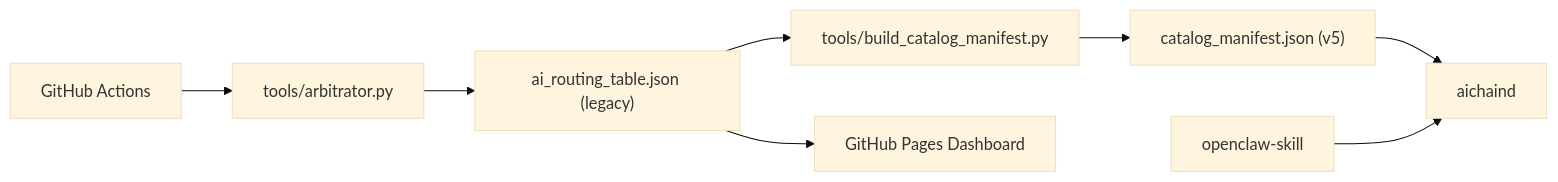
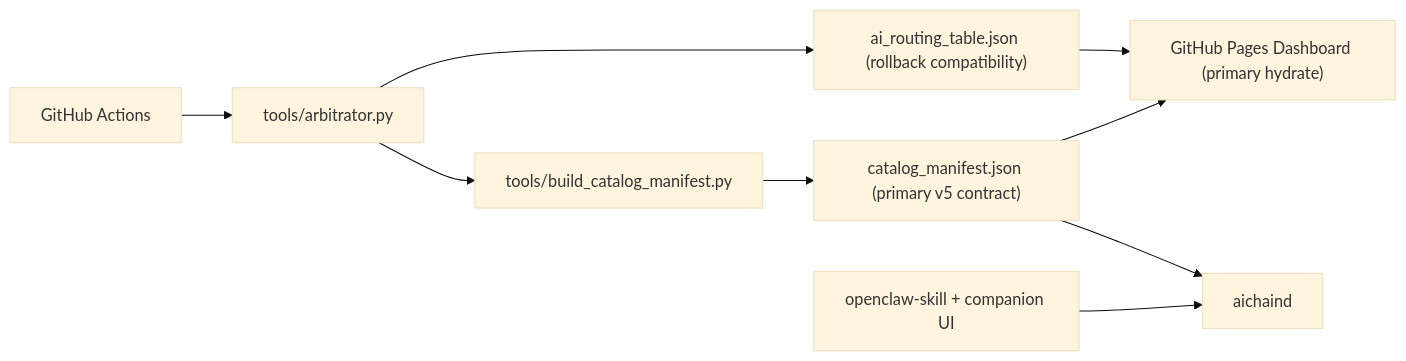
One commit to filokloi/AIchain changed the diagram in README.md. Above: the diagram before and after it, drawn with Mermaid (base theme). The commit also changed other lines of this file and 520 other files, not shown here.

````diff
--- a/README.md
+++ b/README.md
@@ -48,10 +50,11 @@
 ```mermaid
 graph LR
     A["GitHub Actions"] --> B["tools/arbitrator.py"]
-    B --> C["ai_routing_table.json (legacy)"]
-    C --> D["tools/build_catalog_manifest.py"]
-    D --> E["catalog_manifest.json (v5)"]
-    C --> F["GitHub Pages Dashboard"]
+    B --> C["ai_routing_table.json (rollback compatibility)"]
+    B --> D["tools/build_catalog_manifest.py"]
+    D --> E["catalog_manifest.json (primary v5 contract)"]
+    E --> F["GitHub Pages Dashboard (primary hydrate)"]
+    C --> F
     E --> G["aichaind"]
-    H["openclaw-skill"] --> G
+    H["openclaw-skill + companion UI"] --> G
 ```
````
